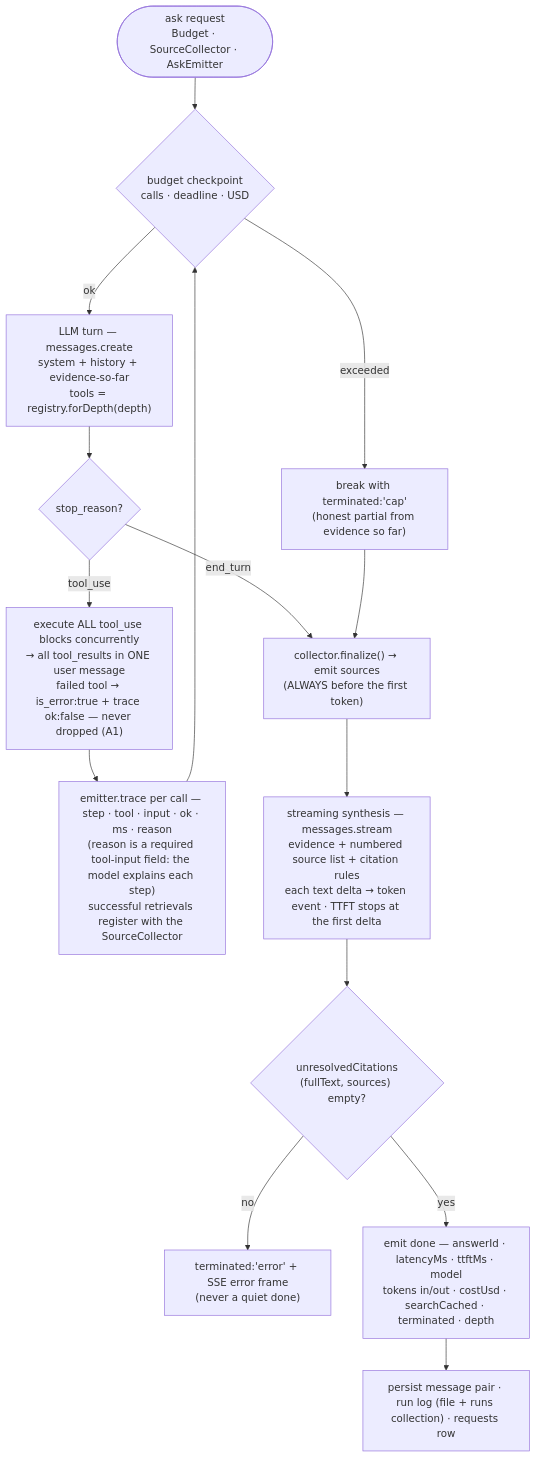
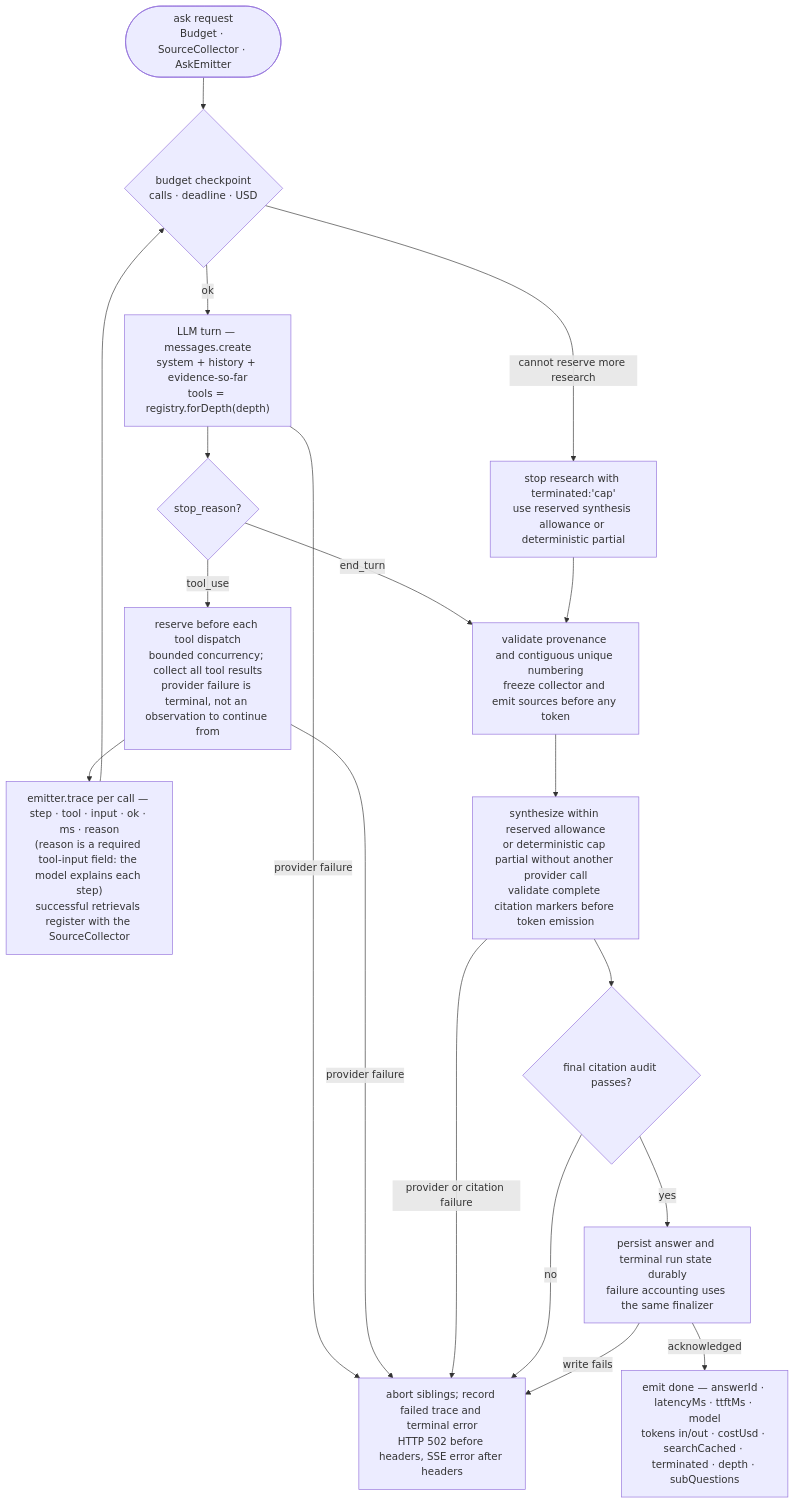
One commit to Bhardwaj-Saurabh/LUMINA changed the second of 9 diagrams in ARCHITECTURE.md. Above: the diagram before and after it, drawn with Mermaid. The commit also changed other lines of this file and 1 other file, not shown here.

Commit message:
Harden architecture doc after review: Vercel-submitted UI, durable admission/finalization, evidence workflow; sync CLAUDE.md

````diff
--- a/ARCHITECTURE.md
+++ b/ARCHITECTURE.md
@@ -229,17 +256,21 @@
 ```mermaid
 flowchart TB
     START(["ask request<br/>Budget · SourceCollector · AskEmitter"]) --> CHK{"budget checkpoint<br/>calls · deadline · USD"}
-    CHK -- "exceeded" --> CAP["break with terminated:'cap'<br/>(honest partial from evidence so far)"]
+   CHK -- "cannot reserve more research" --> CAP["stop research with terminated:'cap'<br/>use reserved synthesis allowance or deterministic partial"]
     CHK -- "ok" --> TURN["LLM turn — messages.create<br/>system + history + evidence-so-far<br/>tools = registry.forDepth(depth)"]
     TURN --> SR{"stop_reason?"}
-    SR -- "tool_use" --> EXEC["execute ALL tool_use blocks concurrently<br/>→ all tool_results in ONE user message<br/>failed tool → is_error:true + trace ok:false — never dropped (A1)"]
+   SR -- "tool_use" --> EXEC["reserve before each tool dispatch<br/>bounded concurrency; collect all tool results<br/>provider failure is terminal, not an observation to continue from"]
+   TURN -- "provider failure" --> FAIL
+   EXEC -- "provider failure" --> FAIL["abort siblings; record failed trace and terminal error<br/>HTTP 502 before headers, SSE error after headers"]
     EXEC --> TRACE["emitter.trace per call — step · tool · input · ok · ms · reason<br/>(reason is a required tool-input field: the model explains each step)<br/>successful retrievals register with the SourceCollector"]
     TRACE --> CHK
     SR -- "end_turn" --> SRCS
-    CAP --> SRCS["collector.finalize() → emit sources<br/>(ALWAYS before the first token)"]
-    SRCS --> SYN["streaming synthesis — messages.stream<br/>evidence + numbered source list + citation rules<br/>each text delta → token event · TTFT stops at the first delta"]
-    SYN --> VER{"unresolvedCitations<br/>(fullText, sources) empty?"}
-    VER -- "no" --> ERR["terminated:'error' + SSE error frame<br/>(never a quiet done)"]
-    VER -- "yes" --> DONE["emit done — answerId · latencyMs · ttftMs · model<br/>tokens in/out · costUsd · searchCached · terminated · depth"]
-    DONE --> PERSIST["persist message pair · run log (file + runs collection) · requests row"]
+   CAP --> SRCS["validate provenance and contiguous unique numbering<br/>freeze collector and emit sources before any token"]
+   SRCS --> SYN["synthesize within reserved allowance<br/>or deterministic cap partial without another provider call<br/>validate complete citation markers before token emission"]
+   SYN -- "provider or citation failure" --> FAIL
+   SYN --> VER{"final citation audit passes?"}
+   VER -- "no" --> FAIL
+   VER -- "yes" --> PERSIST["persist answer and terminal run state durably<br/>failure accounting uses the same finalizer"]
+   PERSIST -- "write fails" --> FAIL
+   PERSIST -- "acknowledged" --> DONE["emit done — answerId · latencyMs · ttftMs · model<br/>tokens in/out · costUsd · searchCached · terminated · depth · subQuestions"]
 ```
````
